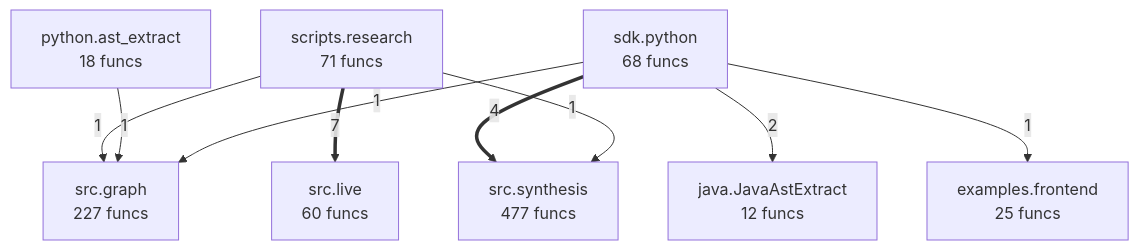
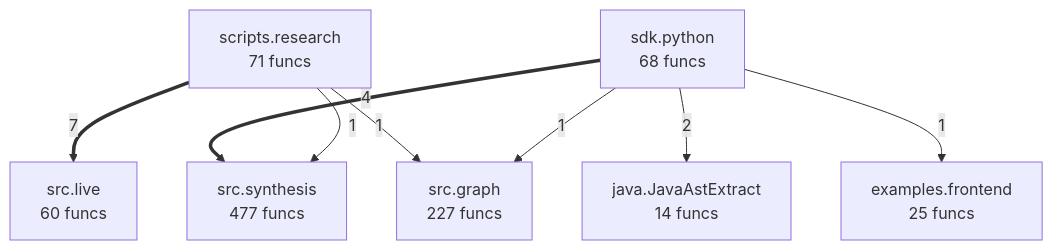
Before and after one commit to autogrammar/todo2code: the diagram in project/compact_flow.mmd, drawn with Mermaid. The commit also changed 47 other files, not shown here.

```diff
--- a/project/compact_flow.mmd
+++ b/project/compact_flow.mmd
@@ -1,18 +1,16 @@
 flowchart TD
-%% generated in 0.04s
+%% generated in 0.05s
     examples__frontend["examples.frontend<br/>25 funcs"]
-    java__JavaAstExtract["java.JavaAstExtract<br/>12 funcs"]
-    python__ast_extract["python.ast_extract<br/>18 funcs"]
+    java__JavaAstExtract["java.JavaAstExtract<br/>14 funcs"]
     scripts__research["scripts.research<br/>71 funcs"]
     sdk__python["sdk.python<br/>68 funcs"]
     src__graph["src.graph<br/>227 funcs"]
     src__live["src.live<br/>60 funcs"]
     src__synthesis["src.synthesis<br/>477 funcs"]
     scripts__research ==>|7| src__live
     sdk__python ==>|4| src__synthesis
     sdk__python -->|2| java__JavaAstExtract
     scripts__research -->|1| src__synthesis
     scripts__research -->|1| src__graph
-    python__ast_extract -->|1| src__graph
     sdk__python -->|1| src__graph
     sdk__python -->|1| examples__frontend
```
